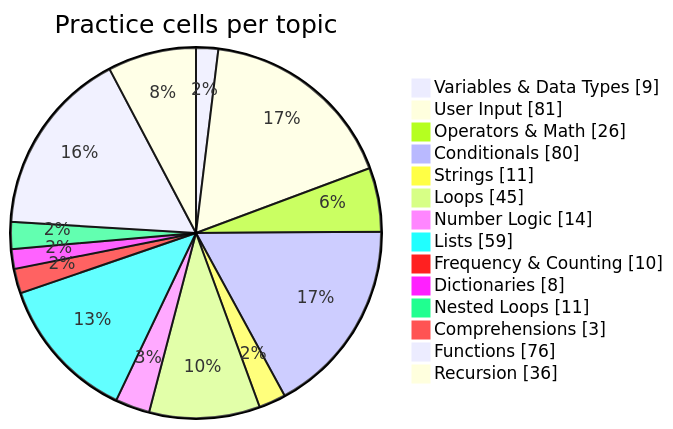
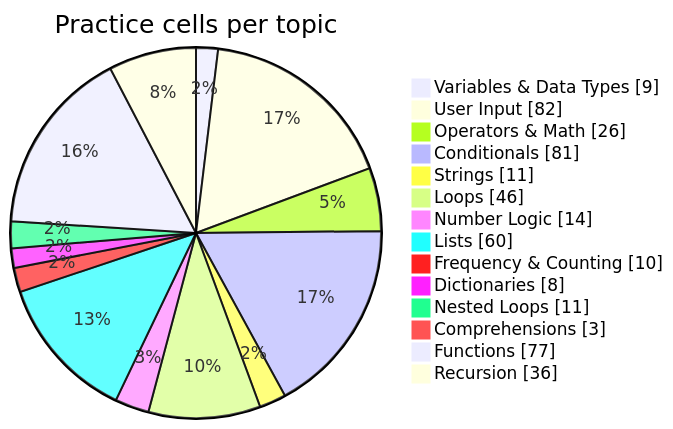
One commit to Phantom2101/Python-Daily-Practice changed the diagram in README.md. Above: the diagram before and after it, drawn with Mermaid. The commit also changed other lines of this file and 3 other files, not shown here.

````diff
--- a/README.md
+++ b/README.md
@@ -126,17 +126,17 @@
 ```mermaid
 pie showData title Practice cells per topic
     "Variables & Data Types" : 9
-    "User Input" : 81
+    "User Input" : 82
     "Operators & Math" : 26
-    "Conditionals" : 80
+    "Conditionals" : 81
     "Strings" : 11
-    "Loops" : 45
+    "Loops" : 46
     "Number Logic" : 14
-    "Lists" : 59
+    "Lists" : 60
     "Frequency & Counting" : 10
     "Dictionaries" : 8
     "Nested Loops" : 11
     "Comprehensions" : 3
-    "Functions" : 76
+    "Functions" : 77
     "Recursion" : 36
 ```
````
